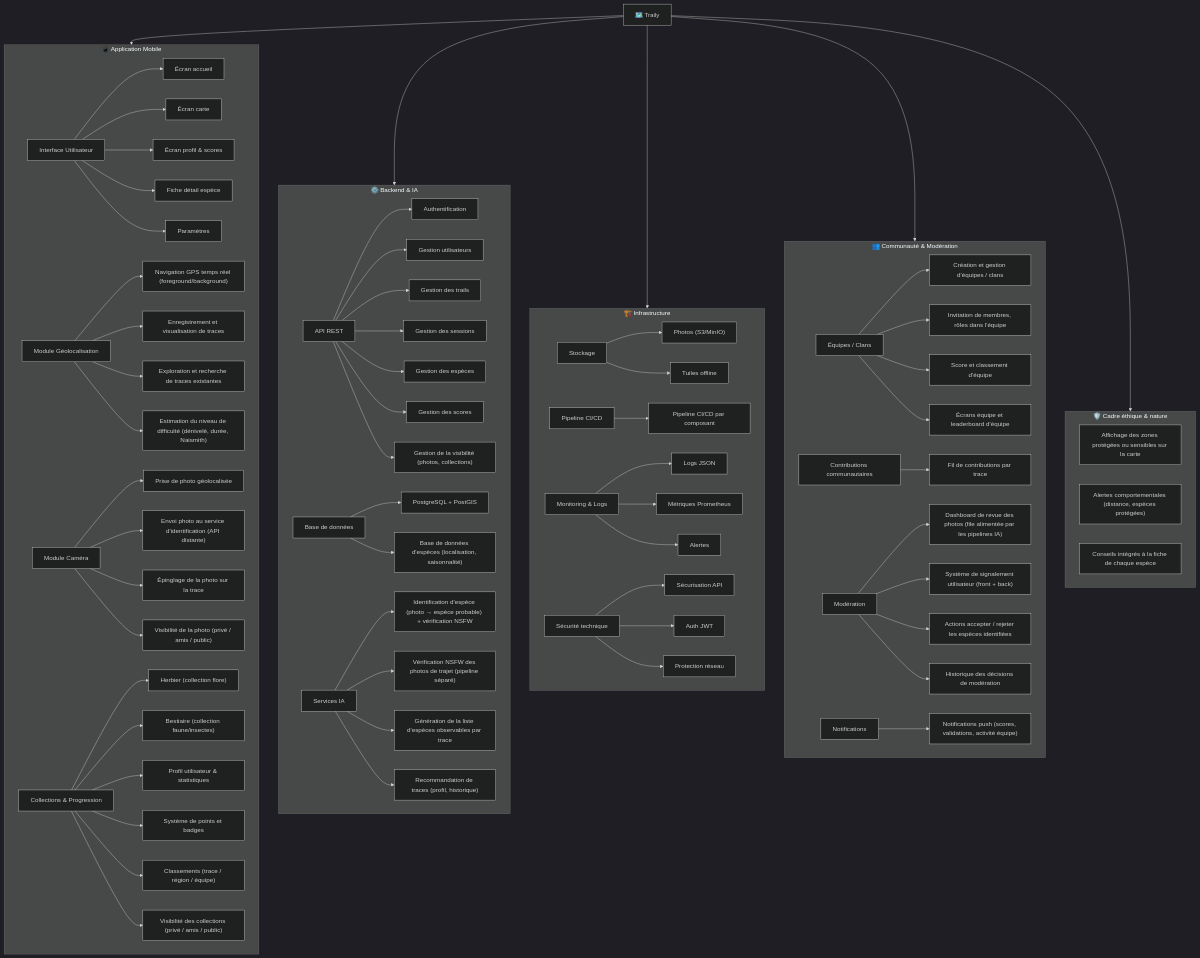
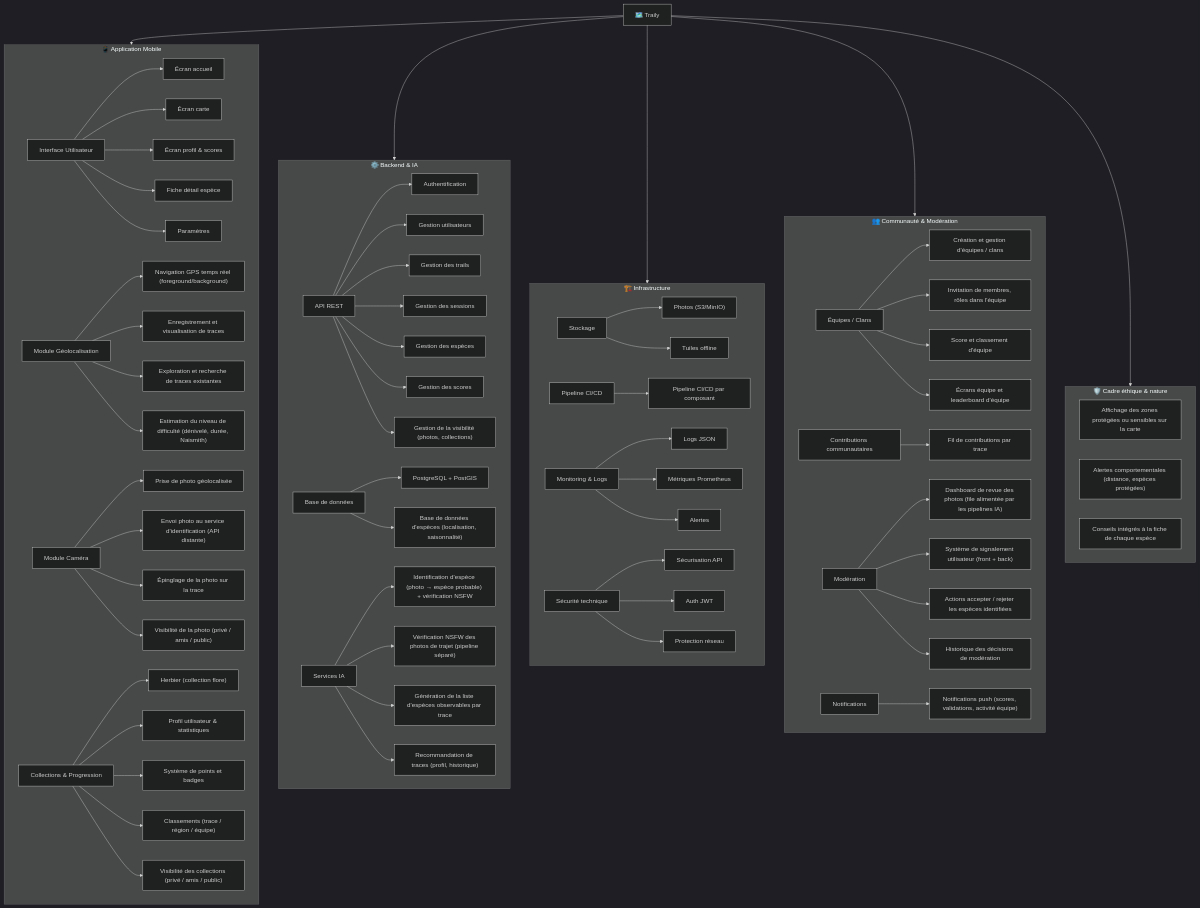
The diagram in docs/PBS.md (Traily-org/Docs), drawn with Mermaid (dark theme) before and after one commit. The commit also changed 2 other files, not shown here.

Commit message:
docs(TRA-111): remove bestiary from collections scope

```diff
--- a/docs/PBS.md
+++ b/docs/PBS.md
@@ -34,7 +34,6 @@
         CAM --> CAM4["Visibilité de la photo (privé / amis / public)"]
 
         COL --> COL1["Herbier (collection flore)"]
-        COL --> COL2["Bestiaire (collection faune/insectes)"]
         COL --> COL3["Profil utilisateur & statistiques"]
         COL --> COL4["Système de points et badges"]
         COL --> COL5["Classements (trace / région / équipe)"]
```
